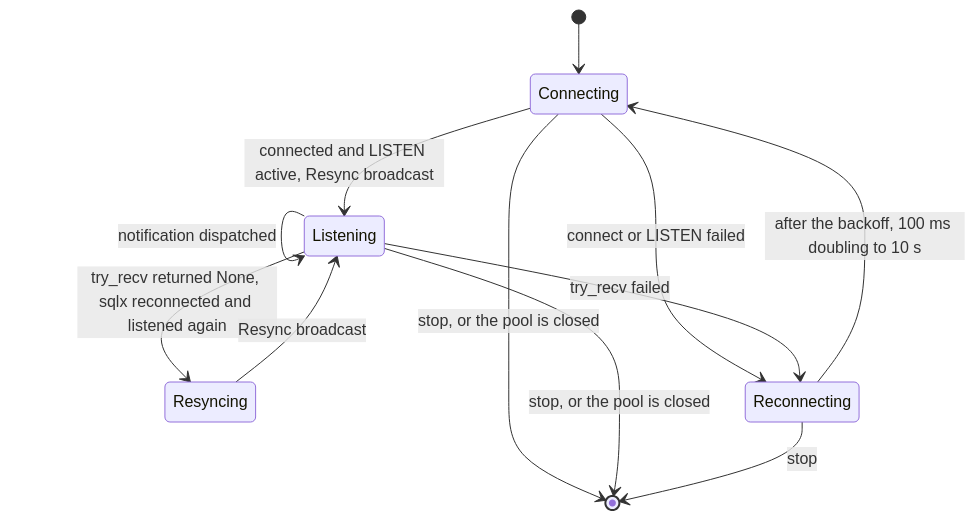
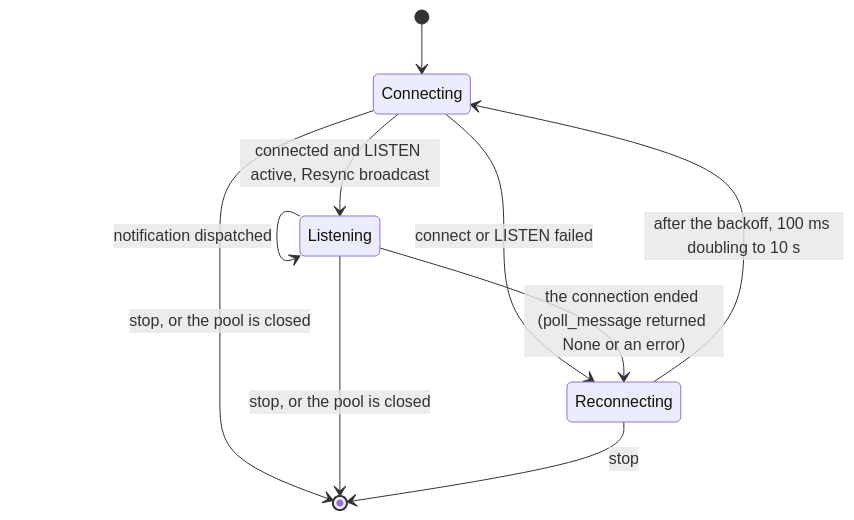
One commit to vymalo/another-adam-rs changed diagram 18 of 26 in docs/architecture.md. Above: the diagram before and after it, drawn with Mermaid. The commit also changed other lines of this file and 14 other files, not shown here.

````diff
--- a/docs/architecture.md
+++ b/docs/architecture.md
@@ -1133,14 +1133,12 @@
 ```mermaid
 stateDiagram-v2
     [*] --> Connecting
     Connecting --> Listening: connected and LISTEN active, Resync broadcast
     Connecting --> Reconnecting: connect or LISTEN failed
     Listening --> Listening: notification dispatched
-    Listening --> Resyncing: try_recv returned None, sqlx reconnected and listened again
-    Resyncing --> Listening: Resync broadcast
-    Listening --> Reconnecting: try_recv failed
+    Listening --> Reconnecting: the connection ended (poll_message returned None or an error)
     Reconnecting --> Connecting: after the backoff, 100 ms doubling to 10 s
     Connecting --> [*]: stop, or the pool is closed
     Listening --> [*]: stop, or the pool is closed
     Reconnecting --> [*]: stop
 ```
````
